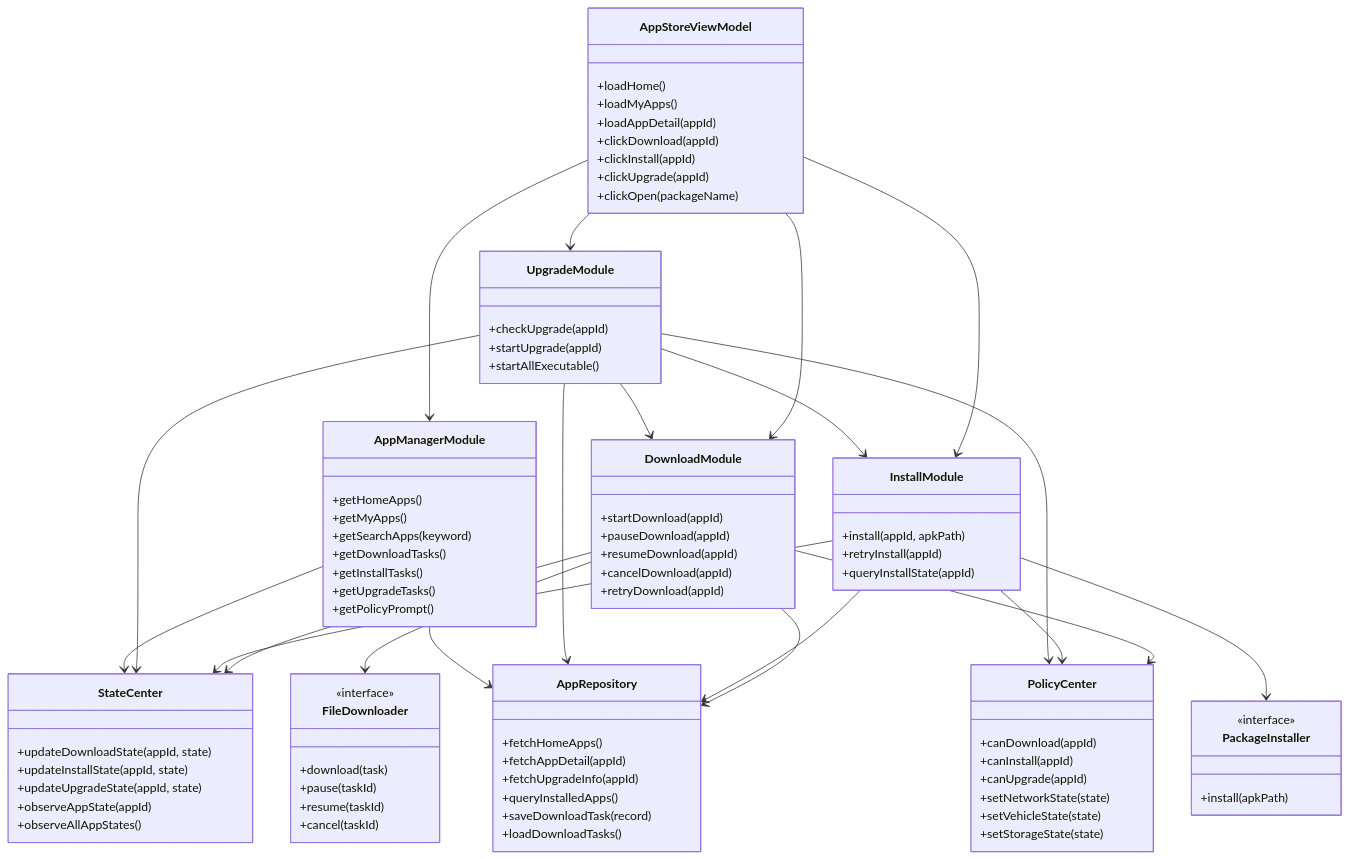
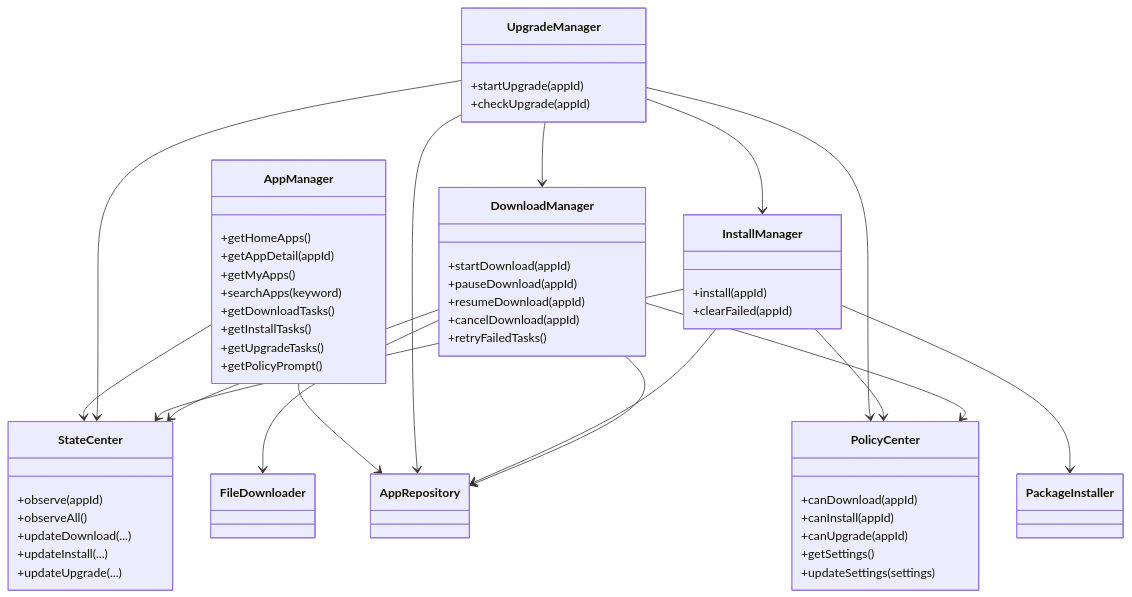
One commit to XZQ/CarAppStore changed the second of 4 diagrams in docs/04-类图与关系图.md. Above: the diagram before and after it, drawn with Mermaid. The commit also changed other lines of this file and 35 other files, not shown here.

Commit message:
Docs: reorganize architecture docs and handoff guide

````diff
--- a/docs/04-类图与关系图.md
+++ b/docs/04-类图与关系图.md
@@ -5,106 +48,71 @@
 ```mermaid
 classDiagram
 
-class AppStoreViewModel {
-  +loadHome()
-  +loadMyApps()
-  +loadAppDetail(appId)
-  +clickDownload(appId)
-  +clickInstall(appId)
-  +clickUpgrade(appId)
-  +clickOpen(packageName)
-}
-
-class DownloadModule {
-  +startDownload(appId)
-  +pauseDownload(appId)
-  +resumeDownload(appId)
-  +cancelDownload(appId)
-  +retryDownload(appId)
-}
-
-class InstallModule {
-  +install(appId, apkPath)
-  +retryInstall(appId)
-  +queryInstallState(appId)
-}
-
-class UpgradeModule {
-  +checkUpgrade(appId)
-  +startUpgrade(appId)
-  +startAllExecutable()
-}
-
-class AppManagerModule {
+class AppManager {
   +getHomeApps()
+  +getAppDetail(appId)
   +getMyApps()
-  +getSearchApps(keyword)
+  +searchApps(keyword)
   +getDownloadTasks()
   +getInstallTasks()
   +getUpgradeTasks()
   +getPolicyPrompt()
 }
 
+class DownloadManager {
+  +startDownload(appId)
+  +pauseDownload(appId)
+  +resumeDownload(appId)
+  +cancelDownload(appId)
+  +retryFailedTasks()
+}
+
+class InstallManager {
+  +install(appId)
+  +clearFailed(appId)
+}
+
+class UpgradeManager {
+  +startUpgrade(appId)
+  +checkUpgrade(appId)
+}
+
 class StateCenter {
-  +updateDownloadState(appId, state)
-  +updateInstallState(appId, state)
-  +updateUpgradeState(appId, state)
-  +observeAppState(appId)
-  +observeAllAppStates()
+  +observe(appId)
+  +observeAll()
+  +updateDownload(...)
+  +updateInstall(...)
+  +updateUpgrade(...)
 }
 
 class PolicyCenter {
   +canDownload(appId)
   +canInstall(appId)
   +canUpgrade(appId)
-  +setNetworkState(state)
-  +setVehicleState(state)
-  +setStorageState(state)
+  +getSettings()
+  +updateSettings(settings)
 }
 
-class AppRepository {
-  +fetchHomeApps()
-  +fetchAppDetail(appId)
-  +fetchUpgradeInfo(appId)
-  +queryInstalledApps()
-  +saveDownloadTask(record)
-  +loadDownloadTasks()
-}
+class AppRepository
+class FileDownloader
+class PackageInstaller
 
-class FileDownloader {
-  <<interface>>
-  +download(task)
-  +pause(taskId)
-  +resume(taskId)
-  +cancel(taskId)
-}
+DownloadManager --> StateCenter
+DownloadManager --> PolicyCenter
+DownloadManager --> AppRepository
+DownloadManager --> FileDownloader
 
-class PackageInstaller {
-  <<interface>>
-  +install(apkPath)
-}
+InstallManager --> StateCenter
+InstallManager --> PolicyCenter
+InstallManager --> AppRepository
+InstallManager --> PackageInstaller
 
-AppStoreViewModel --> AppManagerModule
-AppStoreViewModel --> DownloadModule
-AppStoreViewModel --> InstallModule
-AppStoreViewModel --> UpgradeModule
+UpgradeManager --> DownloadManager
+UpgradeManager --> InstallManager
+UpgradeManager --> StateCenter
+UpgradeManager --> PolicyCenter
+UpgradeManager --> AppRepository
 
-DownloadModule --> StateCenter
-DownloadModule --> PolicyCenter
-DownloadModule --> AppRepository
-DownloadModule --> FileDownloader
-
-InstallModule --> StateCenter
-InstallModule --> PolicyCenter
-InstallModule --> AppRepository
-InstallModule --> PackageInstaller
-
-UpgradeModule --> DownloadModule
-UpgradeModule --> InstallModule
-UpgradeModule --> StateCenter
-UpgradeModule --> PolicyCenter
-UpgradeModule --> AppRepository
-
-AppManagerModule --> StateCenter
-AppManagerModule --> AppRepository
+AppManager --> StateCenter
+AppManager --> AppRepository
 ```
````
